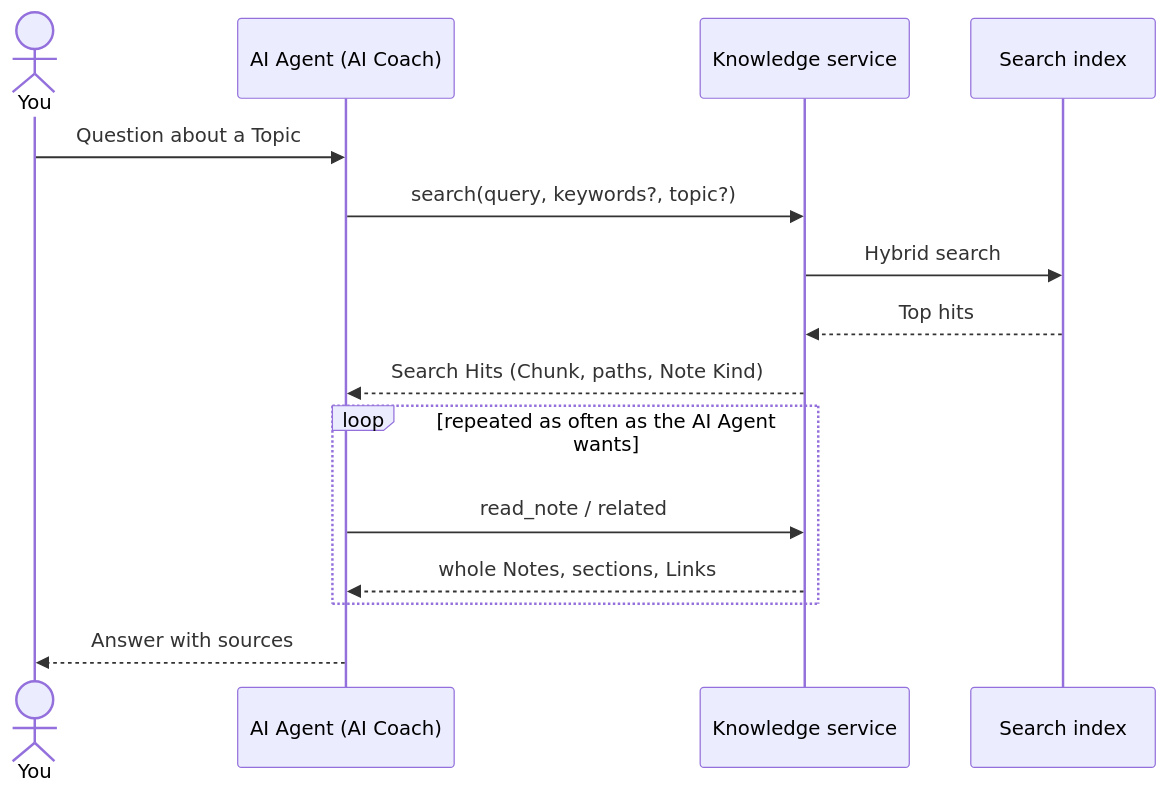
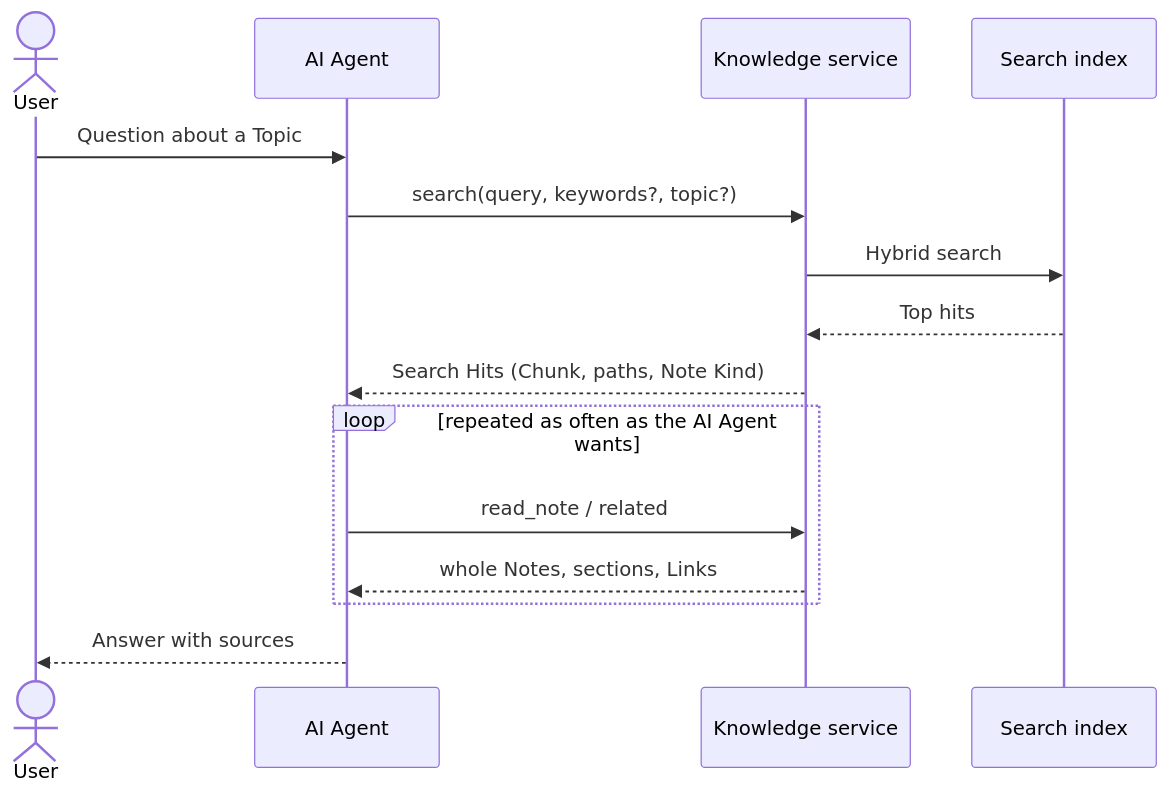
Before and after one commit to Luca-Blum/obsidian-knowledge-mcp: the second of 3 diagrams in docs/architecture.md, drawn with Mermaid. The commit also changed other lines of this file, not shown here.

First line of the commit message:
Describe the architecture without the owner's personal setup

````diff
--- a/docs/architecture.md
+++ b/docs/architecture.md
@@ -146,17 +144,17 @@
 ```mermaid
 sequenceDiagram
-    actor You
-    participant Agent as AI Agent (AI Coach)
+    actor User
+    participant Agent as AI Agent
     participant KS as Knowledge service
     participant Index as Search index
-    You->>Agent: Question about a Topic
+    User->>Agent: Question about a Topic
     Agent->>KS: search(query, keywords?, topic?)
     KS->>Index: Hybrid search
     Index-->>KS: Top hits
     KS-->>Agent: Search Hits (Chunk, paths, Note Kind)
     loop repeated as often as the AI Agent wants
         Agent->>KS: read_note / related
         KS-->>Agent: whole Notes, sections, Links
     end
-    Agent-->>You: Answer with sources
+    Agent-->>User: Answer with sources
 ```
````
